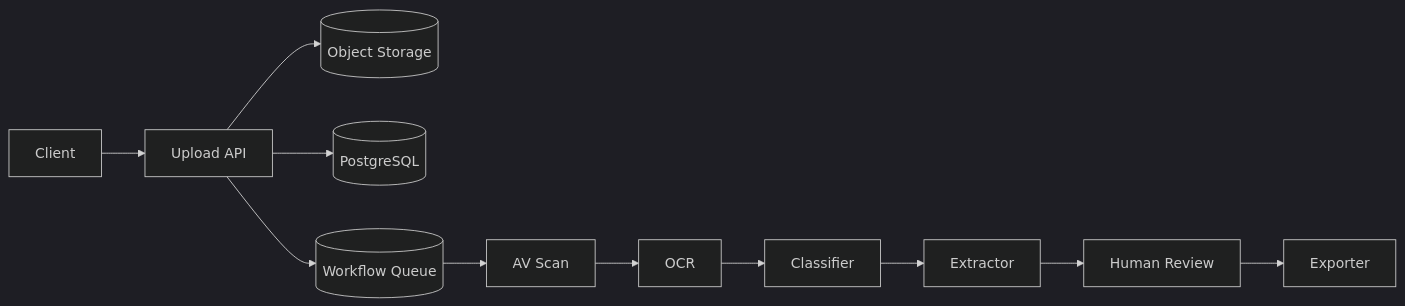
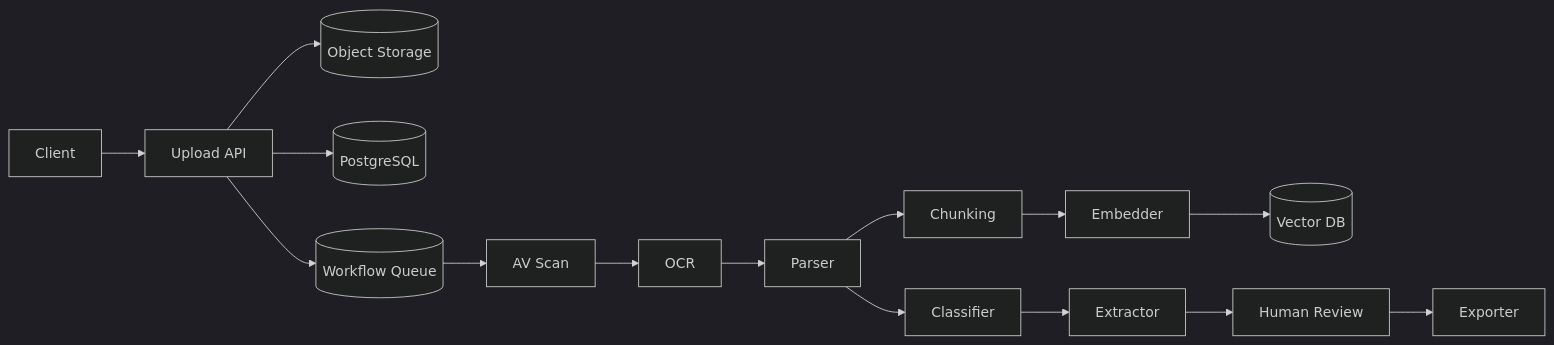
Before and after one commit to HuyNguyen-FinX/Try_Hard: the first of 6 diagrams in python/vinsmart-future-senior-python-interview/11-system-design/design-document-processing.md, drawn with Mermaid (dark theme). The commit also changed other lines of this file and 200 other files, not shown here.

````diff
--- a/python/vinsmart-future-senior-python-interview/11-system-design/design-document-processing.md
+++ b/python/vinsmart-future-senior-python-interview/11-system-design/design-document-processing.md
@@ -47,10 +47,10 @@
 ```mermaid
 flowchart LR
-    Client --> UploadAPI["Upload API"] --> ObjectStore[(Object Storage)]
+Client --> UploadAPI["Upload API"] --> ObjectStore[(Object Storage)]
 UploadAPI --> PG[(PostgreSQL)]
 UploadAPI --> Queue[(Workflow Queue)]
 Queue --> Scan["AV Scan"] --> OCR
-OCR --> Classifier --> Extractor
-Extractor --> Review["Human Review"]
-Review --> Exporter
+OCR --> Parser --> Classifier --> Extractor
+Parser --> Chunking --> Embedder --> VectorDB[(Vector DB)]
+Extractor --> Review["Human Review"] --> Exporter
 ```
````
